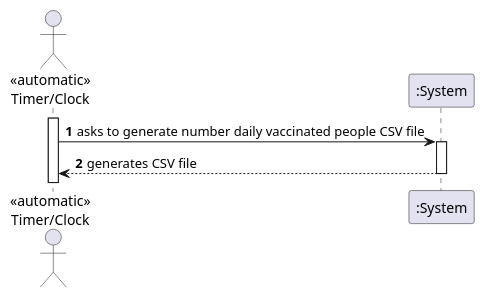
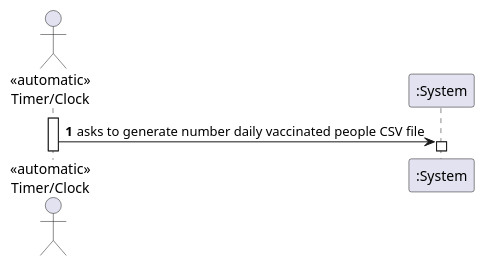
Before and after one commit to miseEnPlace-i/lapr2: the diagram in docs/SprintD/US06/SSD/US06_SSD.puml, drawn with PlantUML. The commit also changed 1 other file, not shown here.

```diff
--- a/docs/SprintD/US06/SSD/US06_SSD.puml
+++ b/docs/SprintD/US06/SSD/US06_SSD.puml
@@ -1,12 +1,10 @@
 @startuml
 autonumber
 actor "<<automatic>>\nTimer/Clock" as OE
 
 activate OE
 OE -> ":System" : asks to generate number daily vaccinated people CSV file
 activate ":System"
-":System" --> OE : generates CSV file
-deactivate ":System"
 
 
 @enduml
```
